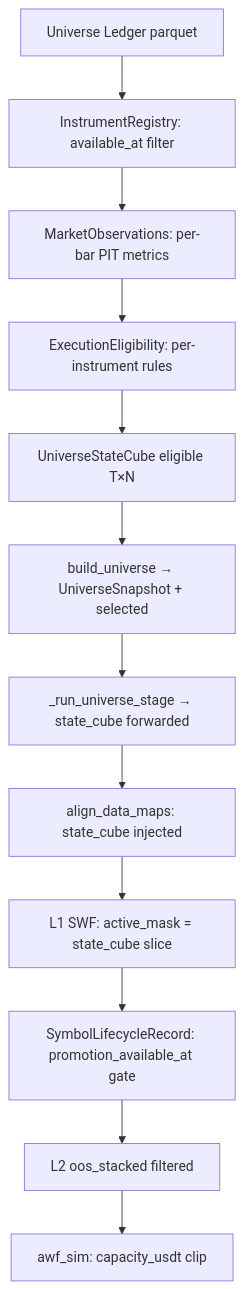
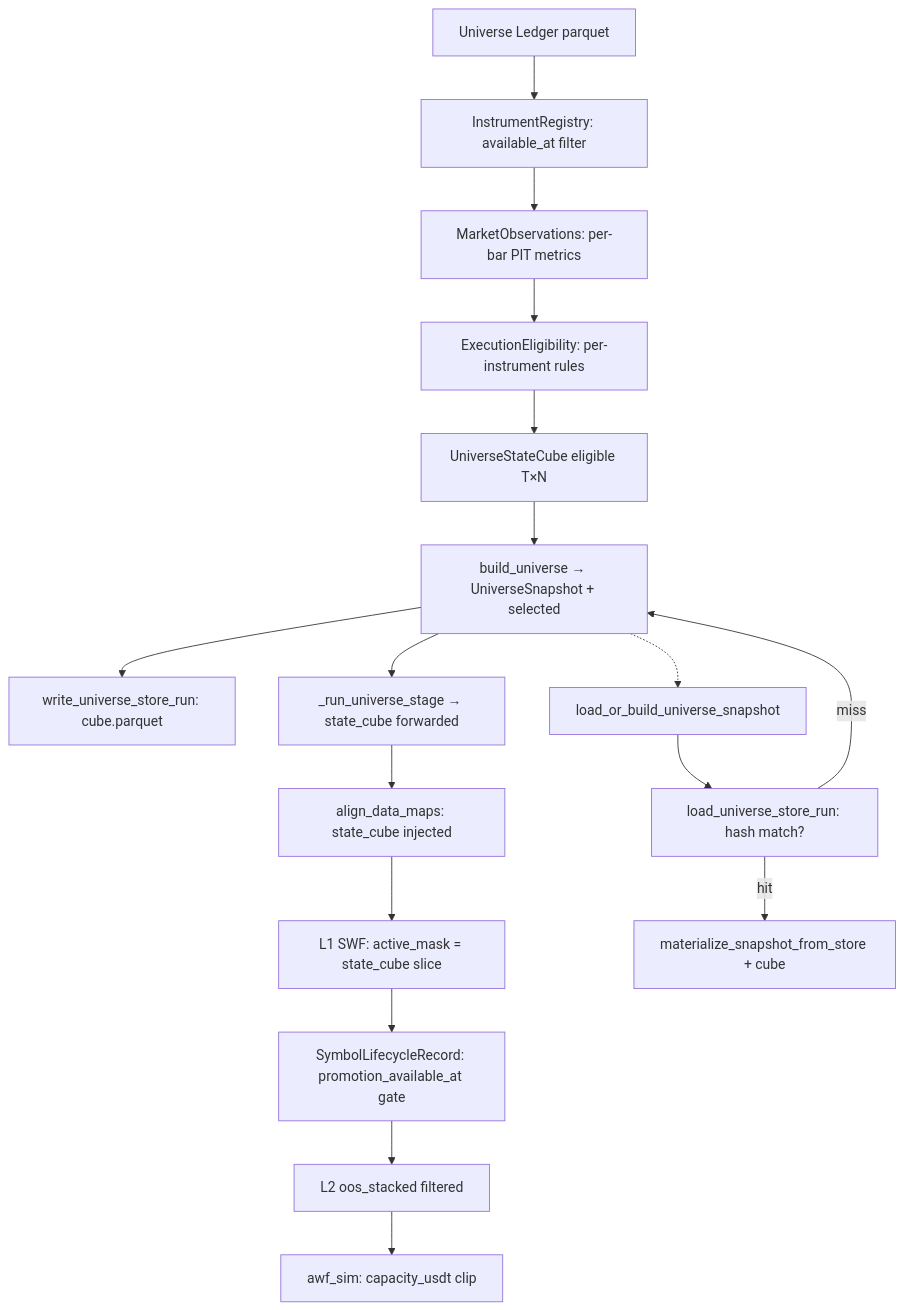
The diagram in docs/architecture/universe.md (KTHYEONG/crypto-pilot), drawn with Mermaid before and after one commit. The commit also changed other lines of this file and 6 other files, not shown here.

First line of the commit message:
feat(universe): Universe Store 통합 + cube.parquet 영속화

````diff
--- a/docs/architecture/universe.md
+++ b/docs/architecture/universe.md
@@ -43,14 +43,19 @@
 ```mermaid
 graph TD
     A[Universe Ledger parquet] --> B[InstrumentRegistry: available_at filter]
     B --> C[MarketObservations: per-bar PIT metrics]
     C --> D[ExecutionEligibility: per-instrument rules]
     D --> E[UniverseStateCube eligible T×N]
     E --> F[build_universe → UniverseSnapshot + selected]
+    F --> G_store[write_universe_store_run: cube.parquet]
     F --> G[_run_universe_stage → state_cube forwarded]
     G --> H[align_data_maps: state_cube injected]
     H --> I[L1 SWF: active_mask = state_cube slice]
     I --> J[SymbolLifecycleRecord: promotion_available_at gate]
     J --> K[L2 oos_stacked filtered]
     K --> L[awf_sim: capacity_usdt clip]
+    F -.-> M[load_or_build_universe_snapshot]
+    M --> M_store[load_universe_store_run: hash match?]
+    M_store -- hit --> N[materialize_snapshot_from_store + cube]
+    M_store -- miss --> F
 ```
````
